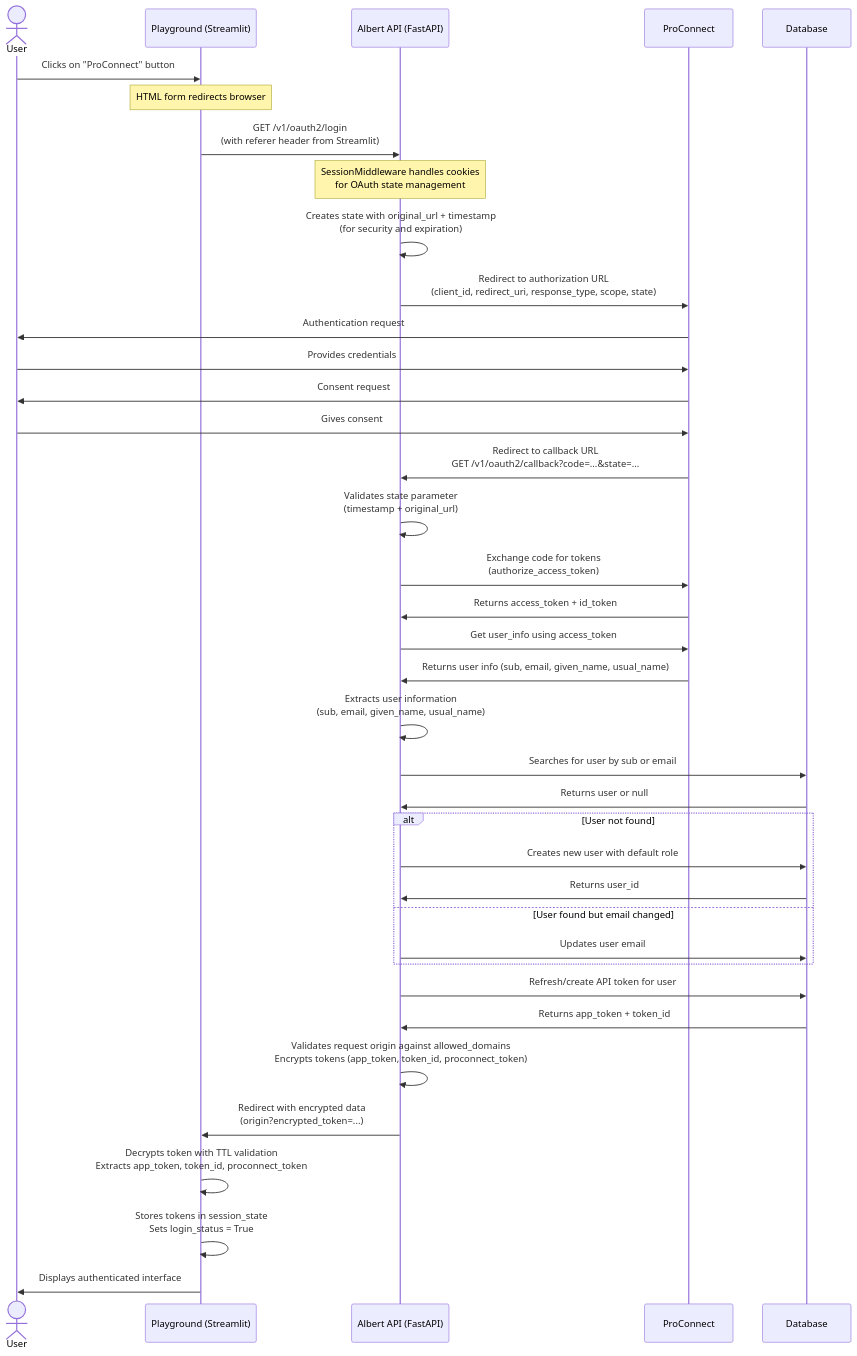
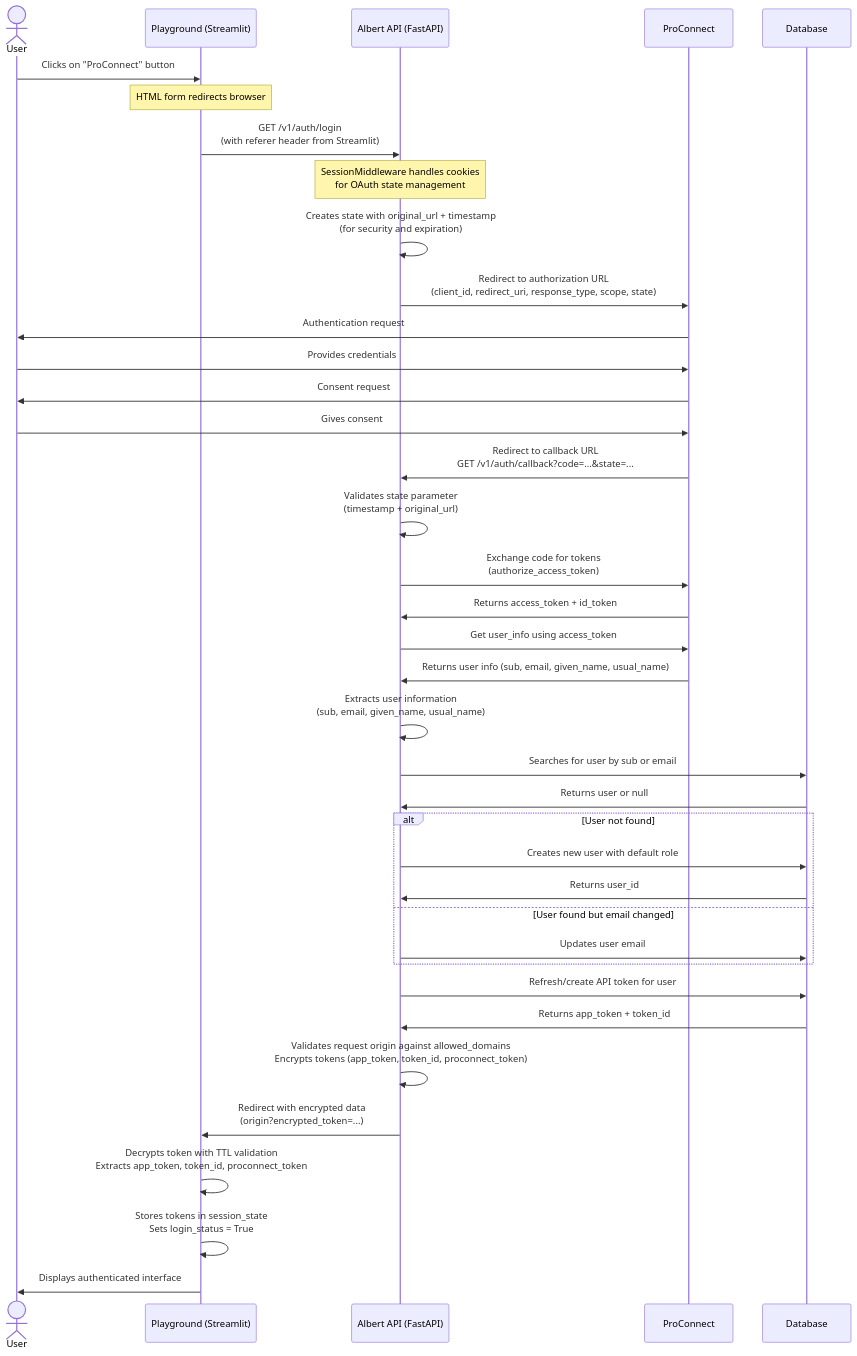
One commit to etalab-ia/OpenGateLLM changed the diagram in docs/proconnect.md. Above: the diagram before and after it, drawn with Mermaid. The commit also changed other lines of this file and 7 other files, not shown here.

Commit message:
refactor: update OAuth2 routes to use /auth instead of /oauth2

````diff
--- a/docs/proconnect.md
+++ b/docs/proconnect.md
@@ -11,52 +11,52 @@
 ```mermaid
 sequenceDiagram
     actor User
     participant StreamLit as Playground (Streamlit)
     participant FastAPI as Albert API (FastAPI)
     participant ProConnect as ProConnect
     participant Database as Database
     
     User->>StreamLit: Clicks on "ProConnect" button
     Note over StreamLit: HTML form redirects browser
-    StreamLit->>FastAPI: GET /v1/oauth2/login<br>(with referer header from Streamlit)
+  StreamLit->>FastAPI: GET /v1/auth/login<br>(with referer header from Streamlit)
     
     Note over FastAPI: SessionMiddleware handles cookies<br>for OAuth state management
     FastAPI->>FastAPI: Creates state with original_url + timestamp<br>(for security and expiration)
     FastAPI->>ProConnect: Redirect to authorization URL<br>(client_id, redirect_uri, response_type, scope, state)
     
     ProConnect->>User: Authentication request
     User->>ProConnect: Provides credentials
     ProConnect->>User: Consent request
     User->>ProConnect: Gives consent
    
-    ProConnect->>FastAPI: Redirect to callback URL<br>GET /v1/oauth2/callback?code=...&state=...
+  ProConnect->>FastAPI: Redirect to callback URL<br>GET /v1/auth/callback?code=...&state=...
     
     FastAPI->>FastAPI: Validates state parameter<br>(timestamp + original_url)
     FastAPI->>ProConnect: Exchange code for tokens<br>(authorize_access_token)
     ProConnect->>FastAPI: Returns access_token + id_token
 
     FastAPI->>ProConnect: Get user_info using access_token
     ProConnect->>FastAPI: Returns user info (sub, email, given_name, usual_name)
 
     FastAPI->>FastAPI: Extracts user information<br>(sub, email, given_name, usual_name)
     
     FastAPI->>Database: Searches for user by sub or email
     Database->>FastAPI: Returns user or null
     
     alt User not found
         FastAPI->>Database: Creates new user with default role
         Database->>FastAPI: Returns user_id
     else User found but email changed
         FastAPI->>Database: Updates user email
     end
     
     FastAPI->>Database: Refresh/create API token for user
     Database->>FastAPI: Returns app_token + token_id
     
     FastAPI->>FastAPI: Validates request origin against allowed_domains<br>Encrypts tokens (app_token, token_id, proconnect_token)
     FastAPI->>StreamLit: Redirect with encrypted data<br>(origin?encrypted_token=...)
     
     StreamLit->>StreamLit: Decrypts token with TTL validation<br>Extracts app_token, token_id, proconnect_token
     StreamLit->>StreamLit: Stores tokens in session_state<br>Sets login_status = True
     StreamLit->>User: Displays authenticated interface
 ```
````
